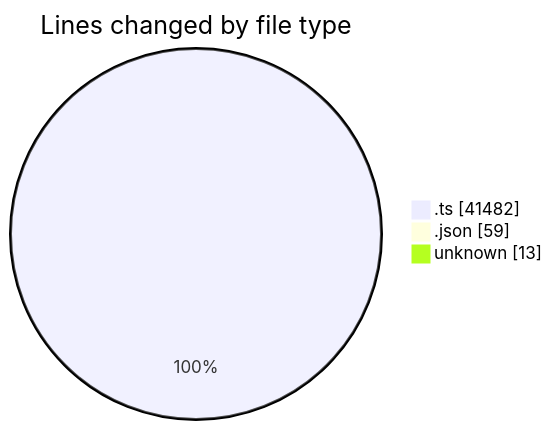
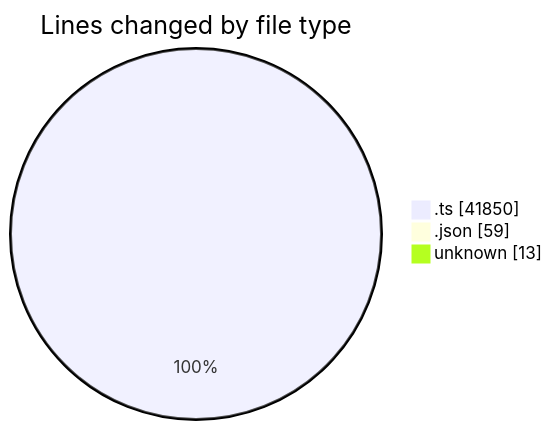
The first of 2 diagrams in 2025-09-09/cda/README.md (momahboobian/code-tracking), drawn with Mermaid before and after one commit. The commit also changed other lines of this file and 1 other file, not shown here.

````diff
--- a/2025-09-09/cda/README.md
+++ b/2025-09-09/cda/README.md
@@ -116,7 +117,7 @@
 ```mermaid
 pie showData
 title Lines changed by file type
-".ts" : 41482
+".ts" : 41850
 ".json" : 59
 "unknown" : 13
 ```
````
